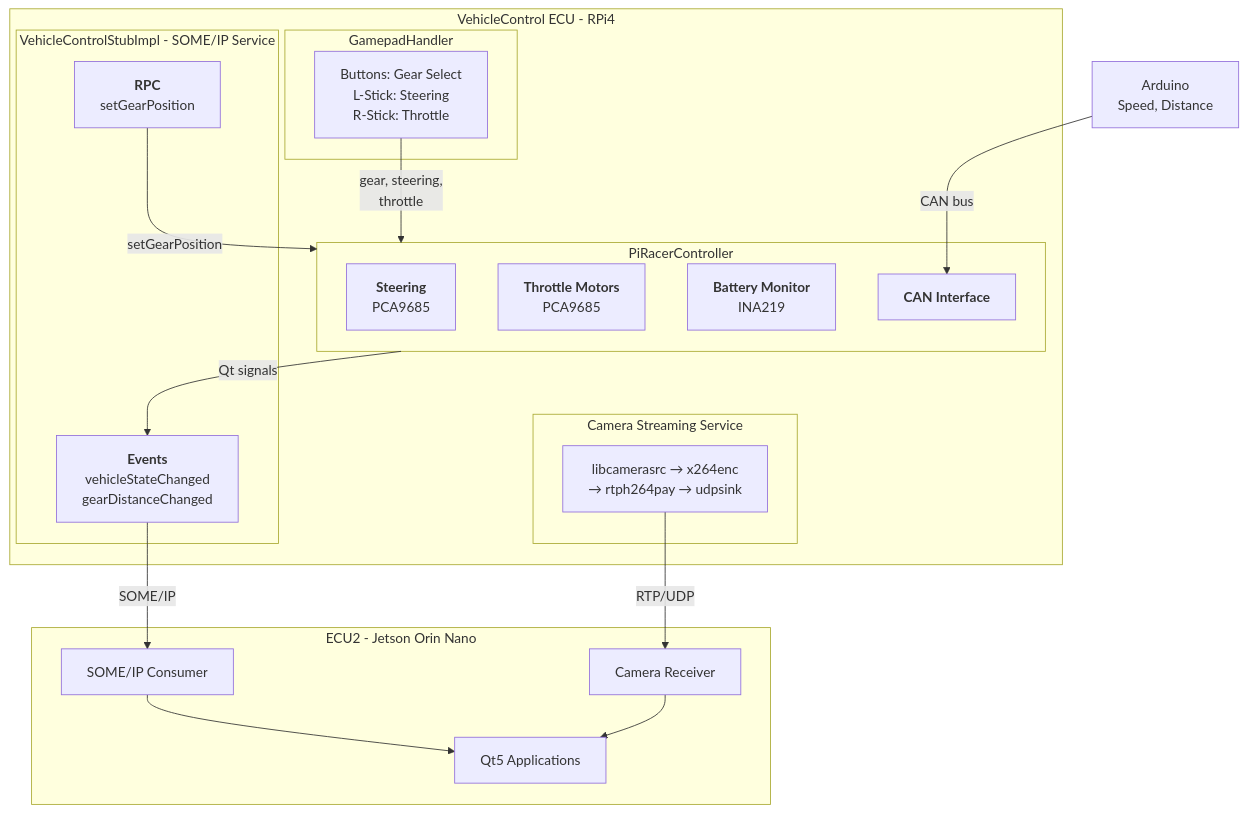
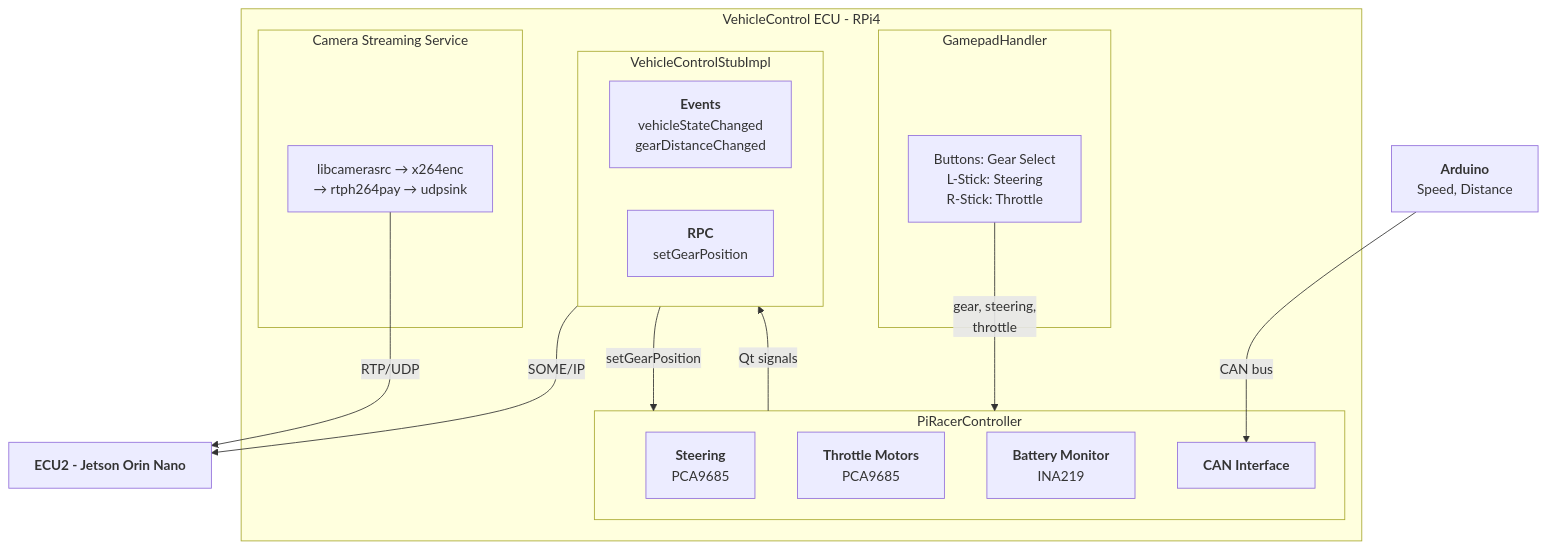
The diagram in README1.md (Changseok-Oh29/DES_Head-Unit), drawn with Mermaid before and after one commit. The commit also changed 1 other file, not shown here.

Commit message:
changed the software architecture diagram regarding the title and enter stuffs

````diff
--- a/README1.md
+++ b/README1.md
@@ -60,42 +60,37 @@
 ```mermaid
 graph TD
-    Arduino["Arduino<br/>Speed, Distance"]
+    Arduino["<b>Arduino</b><br/>Speed, Distance"]
 
     subgraph ECU1["VehicleControl ECU - RPi4"]
 
         subgraph Gamepad["GamepadHandler"]
             GP_Buttons["Buttons: Gear Select<br/>L-Stick: Steering<br/>R-Stick: Throttle"]
         end
 
         subgraph PiRacer["PiRacerController"]
             Steering["<b>Steering</b><br/>PCA9685"]
             Throttle["<b>Throttle Motors</b><br/>PCA9685"]
             Battery["<b>Battery Monitor</b><br/>INA219"]
             CAN["<b>CAN Interface</b>"]
         end
 
-        subgraph Stub["VehicleControlStubImpl - SOME/IP Service"]
+        subgraph Stub["VehicleControlStubImpl"]
+            direction LR
             Events["<b>Events</b><br/>vehicleStateChanged<br/>gearDistanceChanged"]
             RPC["<b>RPC</b><br/>setGearPosition"]
         end
 
         subgraph Camera["Camera Streaming Service"]
             Pipeline["libcamerasrc → x264enc<br/>→ rtph264pay → udpsink"]
         end
     end
 
-    subgraph ECU2["ECU2 - Jetson Orin Nano"]
-        SOMEIP_Consumer["SOME/IP Consumer"]
-        Camera_Receiver["Camera Receiver"]
-        QtApps["Qt5 Applications"]
-    end
+    ECU2["<b>ECU2 - Jetson Orin Nano</b>"]
 
     Arduino -- "CAN bus" --> CAN
     GP_Buttons -- "gear, steering,<br/>throttle" --> PiRacer
     PiRacer -- "Qt signals" --> Events
     RPC -- "setGearPosition" --> PiRacer
-    Events -- "SOME/IP" --> SOMEIP_Consumer
-    Pipeline -- "RTP/UDP" --> Camera_Receiver
-    SOMEIP_Consumer --> QtApps
-    Camera_Receiver --> QtApps
+    Events -- "SOME/IP" --> ECU2
+    Pipeline -- "RTP/UDP" --> ECU2
 ```
````
